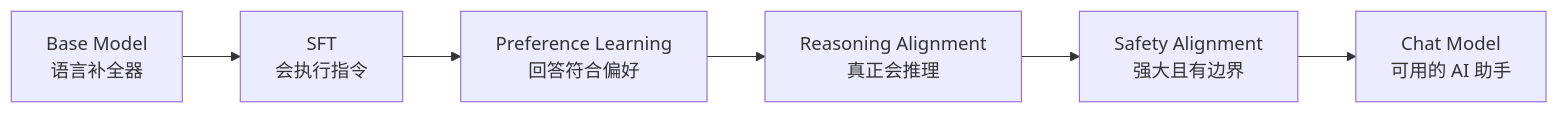
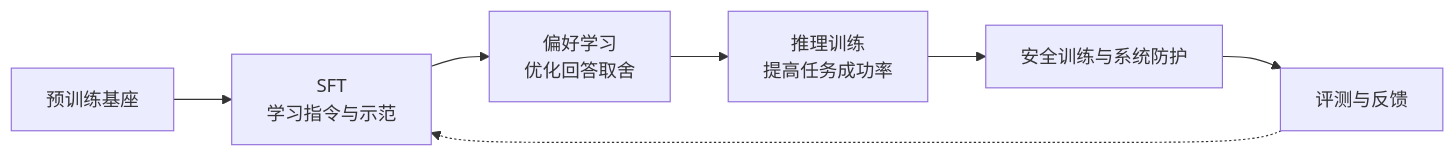
One commit to AI-learning-simple/Build-Your-Own-LLM changed the first of 2 diagrams in 2. Alignment 与训练工程/12. 第二部分总结——从 Base Model 到现代 AI 助手.md. Above: the diagram before and after it, drawn with Mermaid. The commit also changed other lines of this file and 27 other files, not shown here.

````diff
--- a/2. Alignment 与训练工程/12. 第二部分总结——从 Base Model 到现代 AI 助手.md
+++ b/2. Alignment 与训练工程/12. 第二部分总结——从 Base Model 到现代 AI 助手.md
@@ -9,4 +9,9 @@
 ```mermaid
 flowchart LR
-    A[Base Model<br/>语言补全器] --> B[SFT<br/>会执行指令] --> C[Preference Learning<br/>回答符合偏好] --> D[Reasoning Alignment<br/>真正会推理] --> E[Safety Alignment<br/>强大且有边界] --> F[Chat Model<br/>可用的 AI 助手]
+    A[预训练基座] --> B[SFT<br/>学习指令与示范]
+    B --> C[偏好学习<br/>优化回答取舍]
+    C --> D[推理训练<br/>提高任务成功率]
+    D --> E[安全训练与系统防护]
+    E --> F[评测与反馈]
+    F -.-> B
 ```
````
